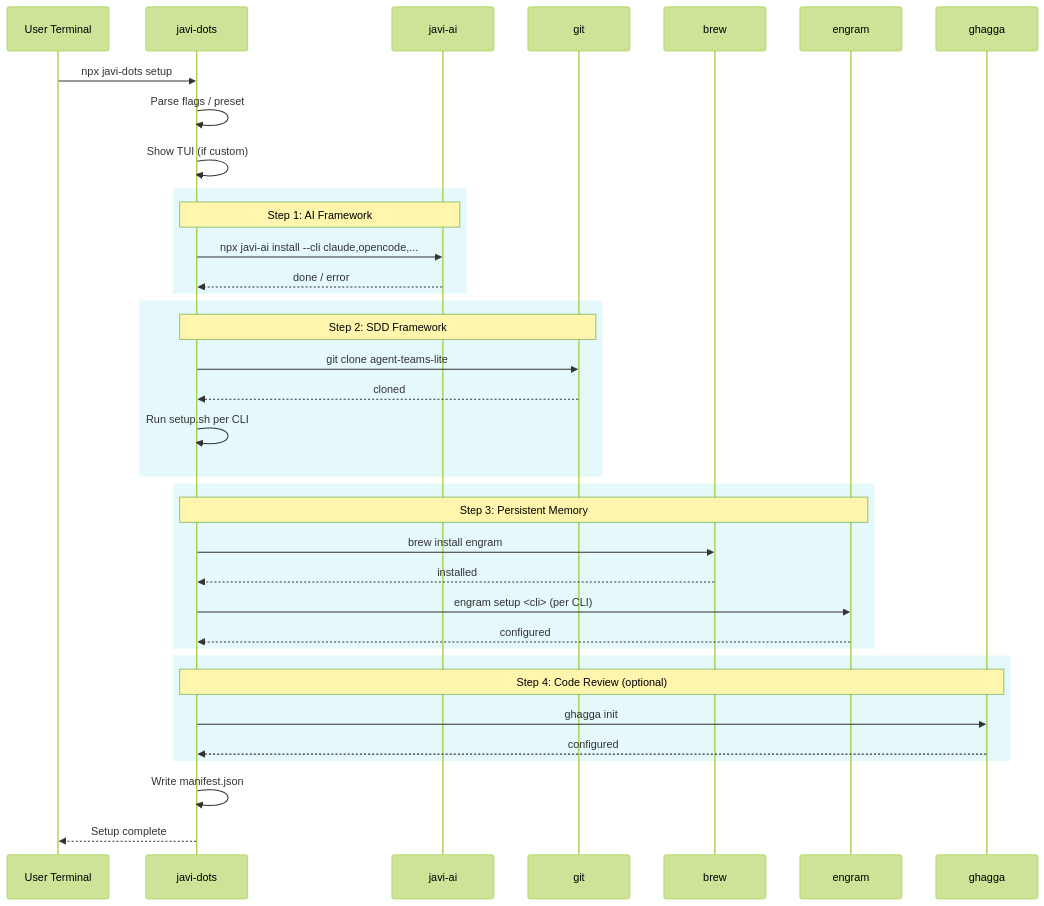
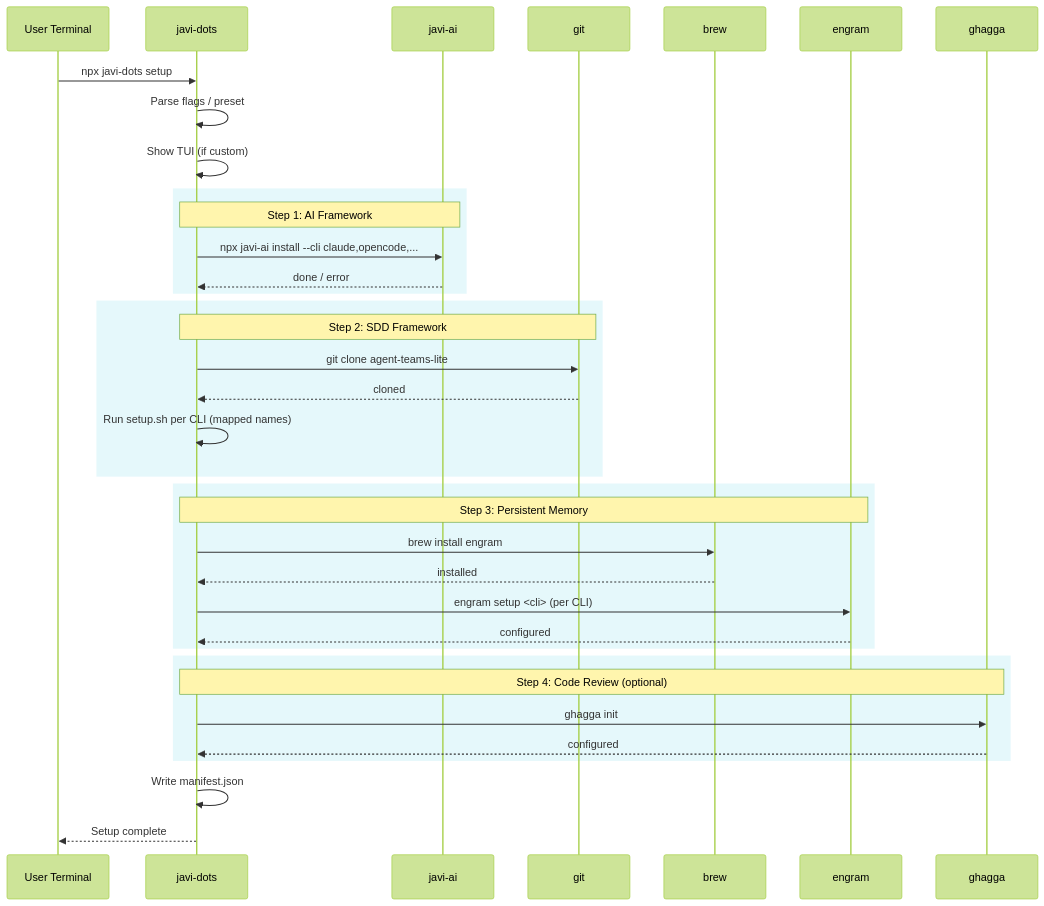
One commit to JNZader/javi-dots changed the second of 3 diagrams in docs/architecture.md. Above: the diagram before and after it, drawn with Mermaid (forest theme). The commit also changed 3 other files, not shown here.

````diff
--- a/docs/architecture.md
+++ b/docs/architecture.md
@@ -43,44 +43,44 @@
 ```mermaid
 sequenceDiagram
     participant CLI as User Terminal
     participant App as javi-dots
     participant JAI as javi-ai
     participant Git as git
     participant Brew as brew
     participant Eng as engram
     participant Gha as ghagga
 
     CLI->>App: npx javi-dots setup
     App->>App: Parse flags / preset
     App->>App: Show TUI (if custom)
 
     rect rgb(6, 182, 212, 0.1)
         Note over App,JAI: Step 1: AI Framework
         App->>JAI: npx javi-ai install --cli claude,opencode,...
         JAI-->>App: done / error
     end
 
     rect rgb(6, 182, 212, 0.1)
         Note over App,Git: Step 2: SDD Framework
         App->>Git: git clone agent-teams-lite
         Git-->>App: cloned
-        App->>App: Run setup.sh per CLI
+        App->>App: Run setup.sh per CLI (mapped names)
     end
 
     rect rgb(6, 182, 212, 0.1)
         Note over App,Eng: Step 3: Persistent Memory
         App->>Brew: brew install engram
         Brew-->>App: installed
         App->>Eng: engram setup <cli> (per CLI)
         Eng-->>App: configured
     end
 
     rect rgb(6, 182, 212, 0.1)
         Note over App,Gha: Step 4: Code Review (optional)
         App->>Gha: ghagga init
         Gha-->>App: configured
     end
 
     App->>App: Write manifest.json
     App-->>CLI: Setup complete
 ```
````
